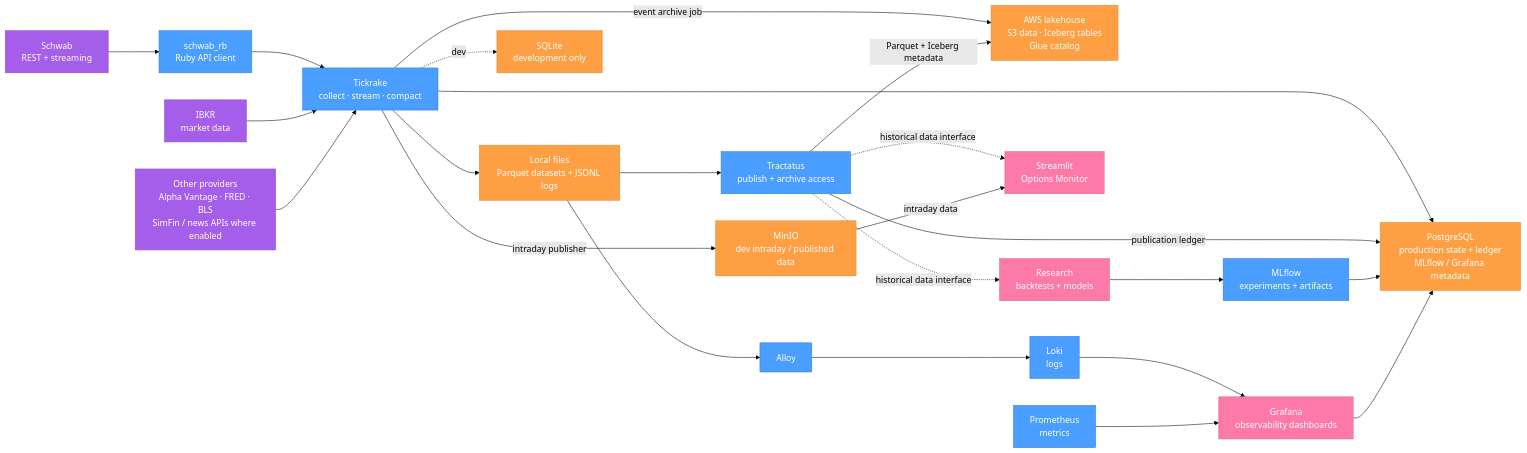
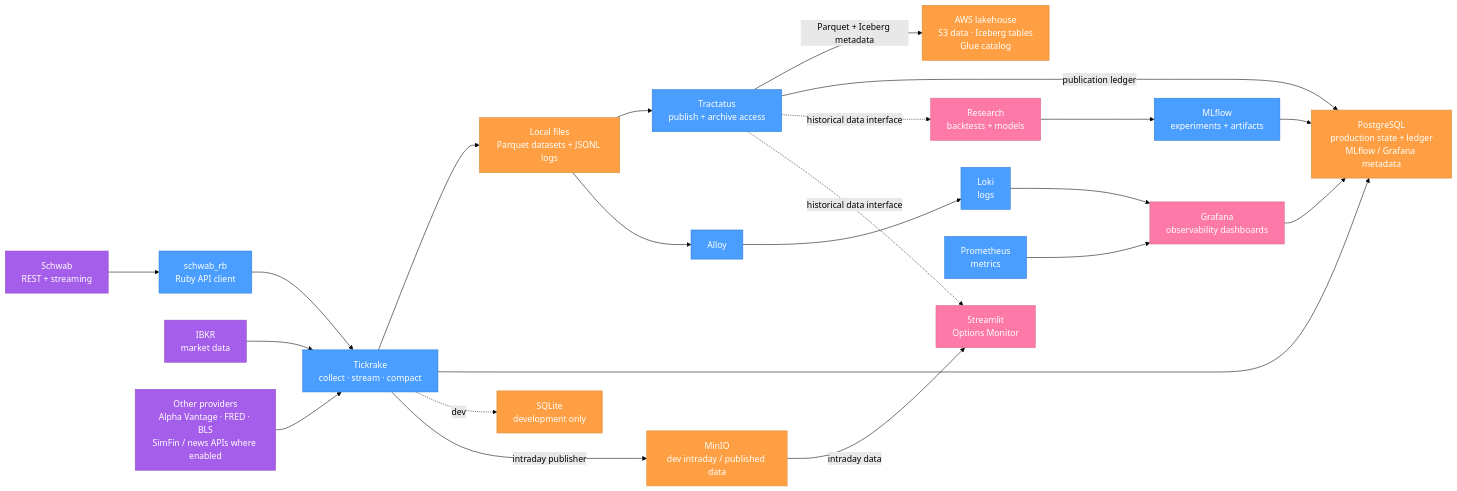
Before and after one commit to jwplatta/quant-infra: the diagram in docs/architecture-diagram.md, drawn with Mermaid (forest theme). The commit also changed other lines of this file, not shown here.

Commit message:
docs(architecture): clarify Tractatus lakehouse publishing

````diff
--- a/docs/architecture-diagram.md
+++ b/docs/architecture-diagram.md
@@ -5,56 +5,53 @@
 ```mermaid
 flowchart LR
     schwab["Schwab<br/>REST + streaming"]
     schwabrb["schwab_rb<br/>Ruby API client"]
     ibkr["IBKR<br/>market data"]
     otherSources["Other providers<br/>Alpha Vantage · FRED · BLS<br/>SimFin / news APIs where enabled"]
     tickrake["Tickrake<br/>collect · stream · compact"]
     localfs["Local files<br/>Parquet datasets + JSONL logs"]
     minio["MinIO<br/>dev intraday / published data"]
     tractatus["Tractatus<br/>publish + archive access"]
     lakehouse["AWS lakehouse<br/>S3 data · Iceberg tables<br/>Glue catalog"]
 
     research["Research<br/>backtests + models"]
     mlflow["MLflow<br/>experiments + artifacts"]
     trading["Streamlit<br/>Options Monitor"]
 
     postgres["PostgreSQL<br/>production state + ledger<br/>MLflow / Grafana metadata"]
     sqlite["SQLite<br/>development only"]
     alloy["Alloy"]
     loki["Loki<br/>logs"]
     prometheus["Prometheus<br/>metrics"]
     grafana["Grafana<br/>observability dashboards"]
 
     schwab --> schwabrb --> tickrake
     ibkr --> tickrake
     otherSources --> tickrake
     tickrake --> localfs
     tickrake --> postgres
     tickrake -. dev .-> sqlite
     tickrake -->|"intraday publisher"| minio
-    tickrake -->|"event archive job"| lakehouse
     localfs --> tractatus
     tractatus -->|"Parquet + Iceberg metadata"| lakehouse
     tractatus -->|"publication ledger"| postgres
     tractatus -. "historical data interface" .-> research
     tractatus -. "historical data interface" .-> trading
     minio -->|"intraday data"| trading
-
     research --> mlflow
     mlflow --> postgres
-
     localfs --> alloy --> loki
     loki --> grafana
     prometheus --> grafana
     grafana --> postgres
 
     classDef user fill:#fd79a8,stroke:#d66a8e,color:#fff
     classDef service fill:#4a9eff,stroke:#2d7cd6,color:#fff
     classDef data fill:#ff9f43,stroke:#d68c3a,color:#fff
     classDef dependency fill:#a55eea,stroke:#8e4ec6,color:#fff
 
     class research,trading,grafana user
     class tickrake,schwabrb,tractatus,mlflow,alloy,loki,prometheus service
     class postgres,sqlite,localfs,minio,lakehouse data
     class schwab,ibkr,otherSources dependency
 ```
````
